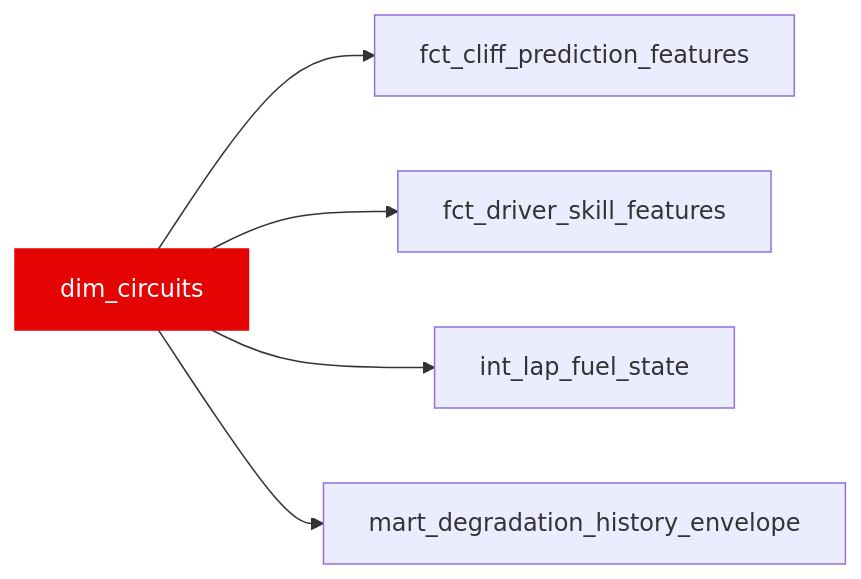
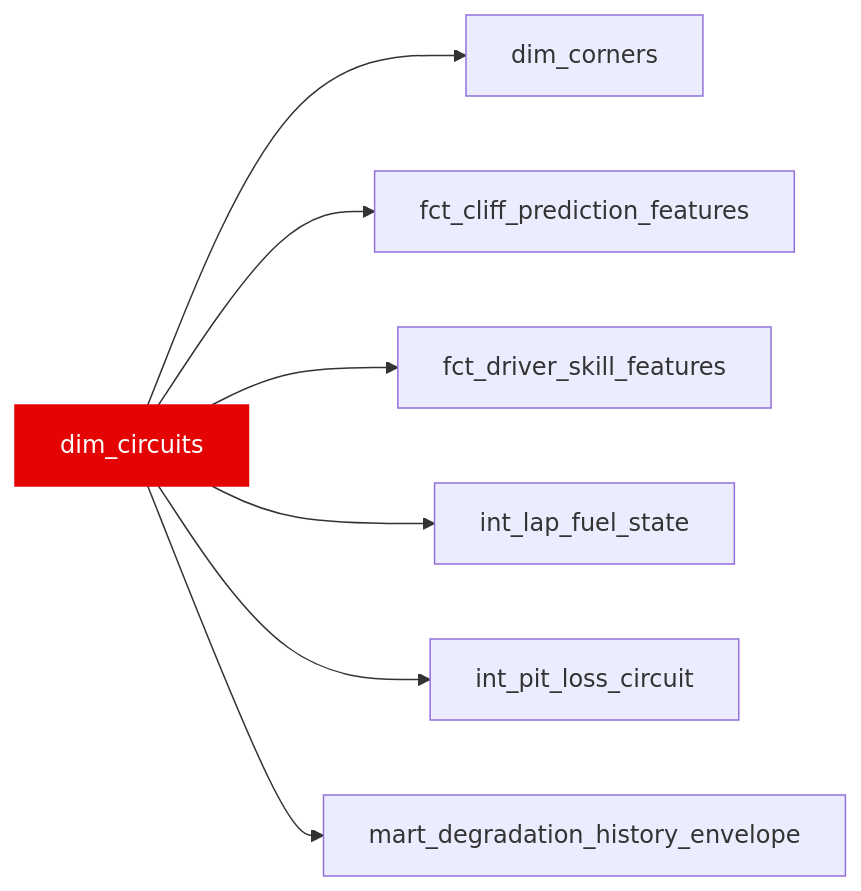
Before and after one commit to JustinClarke/off-the-pace: the diagram in docs/reference/models/dim/dim_circuits.mdx, drawn with Mermaid. The commit also changed other lines of this file and 89 other files, not shown here.

````diff
--- a/docs/reference/models/dim/dim_circuits.mdx
+++ b/docs/reference/models/dim/dim_circuits.mdx
@@ -15,8 +15,10 @@
 ```mermaid
 flowchart LR
+  dim_circuits --> dim_corners
   dim_circuits --> fct_cliff_prediction_features
   dim_circuits --> fct_driver_skill_features
   dim_circuits --> int_lap_fuel_state
+  dim_circuits --> int_pit_loss_circuit
   dim_circuits --> mart_degradation_history_envelope
   style dim_circuits fill:#e40404,stroke:#e40404,color:#fff
 ```
````
